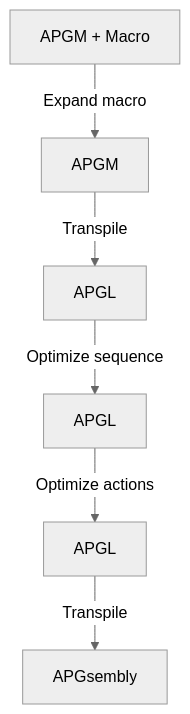
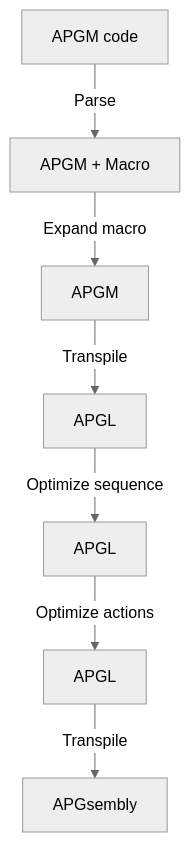
Before and after one commit to rei1024/rei1024.github.io: the diagram in proj/apgm/README.md, drawn with Mermaid (neutral theme). The commit also changed 59 other files, not shown here.

Commit message:
add decompiled APGM code for pi calculator

````diff
--- a/proj/apgm/README.md
+++ b/proj/apgm/README.md
@@ -7,8 +7,9 @@
 ```mermaid
 graph TD
+    APGM0[APGM code] -->|Parse| APGM1[APGM + Macro]
     APGM1[APGM + Macro] -->|Expand macro| APGM2[APGM]
     APGM2[APGM] -->|Transpile| APGL1[APGL]
     APGL1[APGL] -->|Optimize sequence| APGL2[APGL]
     APGL2[APGL] -->|Optimize actions| APGL3[APGL]
     APGL3[APGL] -->|Transpile| APGsembly[APGsembly]
 ```
````
